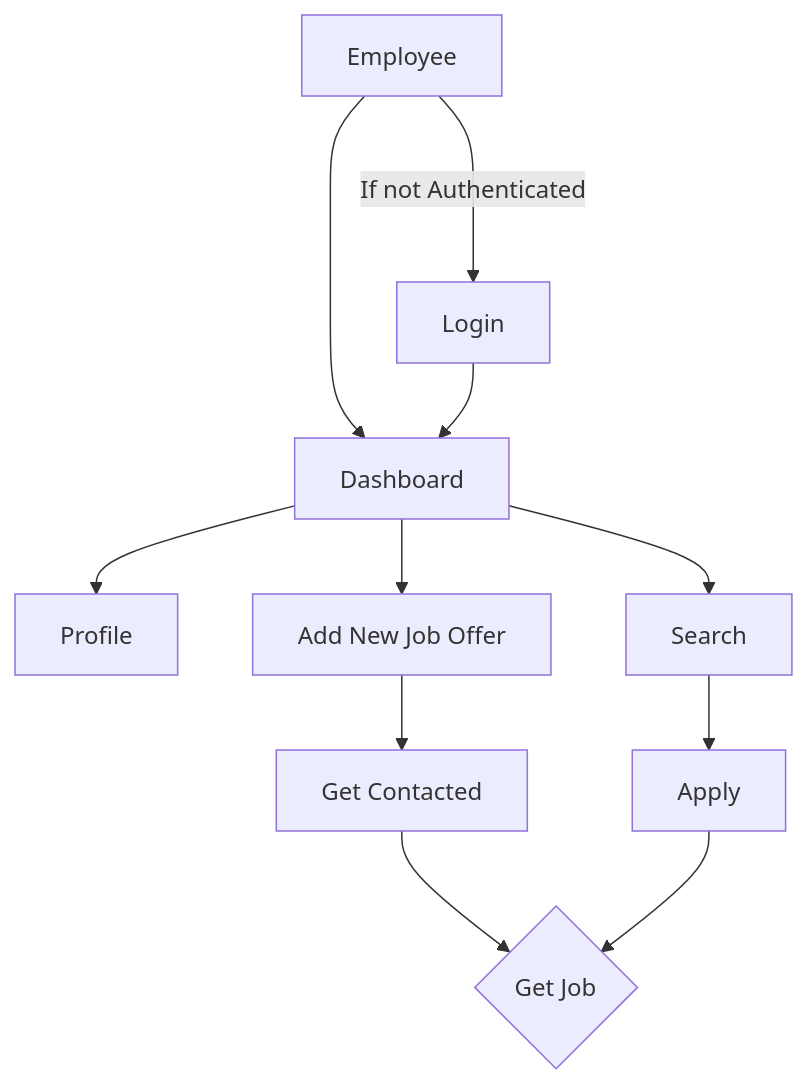
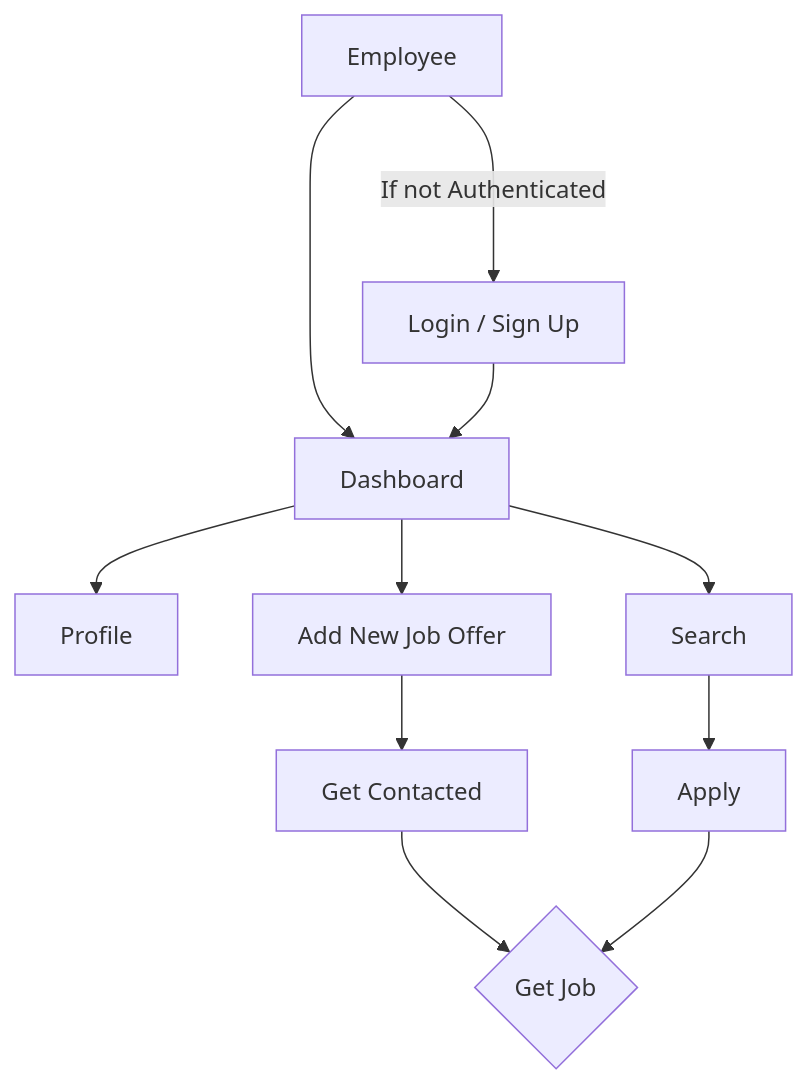
One commit to Think-To-Share/last_working_day_planning changed the diagram in README.md. Above: the diagram before and after it, drawn with Mermaid.

````diff
--- a/README.md
+++ b/README.md
@@ -1,13 +1,13 @@
 ```mermaid
 graph TD;
-    E[Employee]--->|If not Authenticated| L[Login];
+    E[Employee]--->|If not Authenticated| L[Login / Sign Up];
     E-->D[Dashboard];
     L-->D;
     D-->Profile;
     D-->Add_J[Add New Job Offer];
     D-->S[Search];
     S-->Apply;
     Add_J-->Cont[Get Contacted];
     Cont-->Job{Get Job};
     Apply-->Job;
 ```
````
